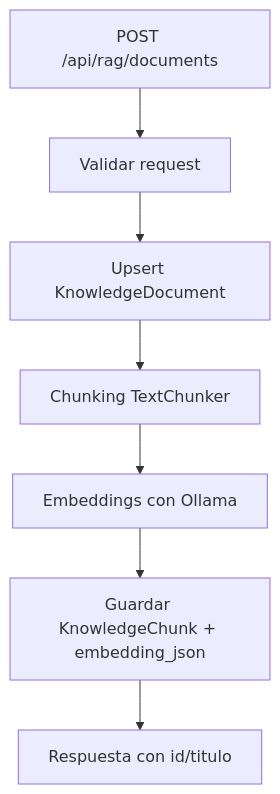
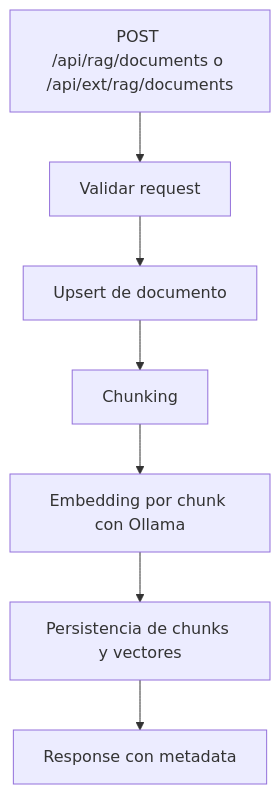
One commit to FlEtsv/apiasistente changed the fifth of 6 diagrams in docs/architecture.md. Above: the diagram before and after it, drawn with Mermaid. The commit also changed other lines of this file and 16 other files, not shown here.

````diff
--- a/docs/architecture.md
+++ b/docs/architecture.md
@@ -109,9 +118,9 @@
 ```mermaid
 flowchart TD
-  A[POST /api/rag/documents] --> B[Validar request]
-  B --> C[Upsert KnowledgeDocument]
-  C --> D[Chunking TextChunker]
-  D --> E[Embeddings con Ollama]
-  E --> F[Guardar KnowledgeChunk + embedding_json]
-  F --> G[Respuesta con id/titulo]
+    A[POST /api/rag/documents o /api/ext/rag/documents] --> B[Validar request]
+    B --> C[Upsert de documento]
+    C --> D[Chunking]
+    D --> E[Embedding por chunk con Ollama]
+    E --> F[Persistencia de chunks y vectores]
+    F --> G[Response con metadata]
 ```
````
